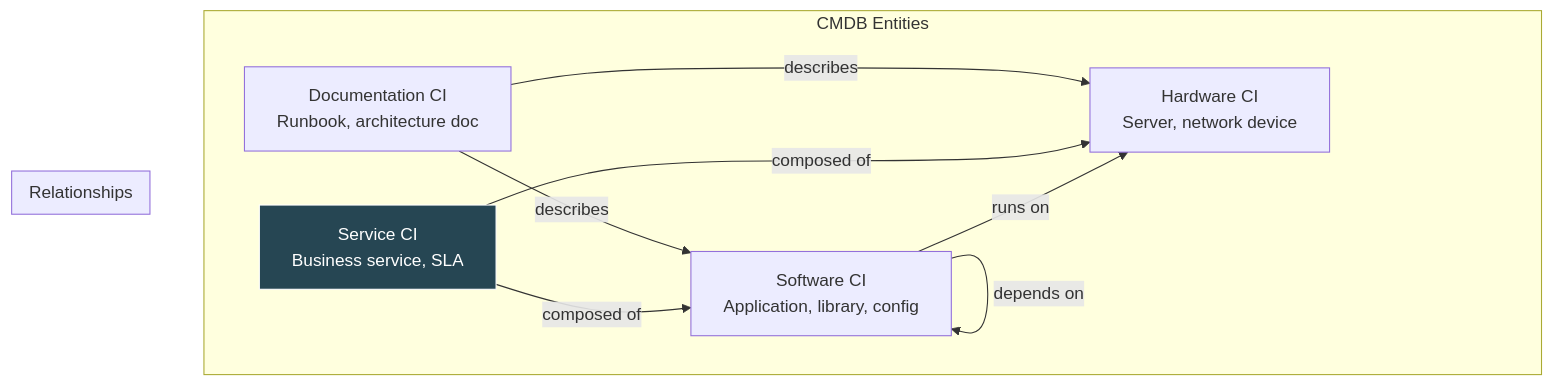
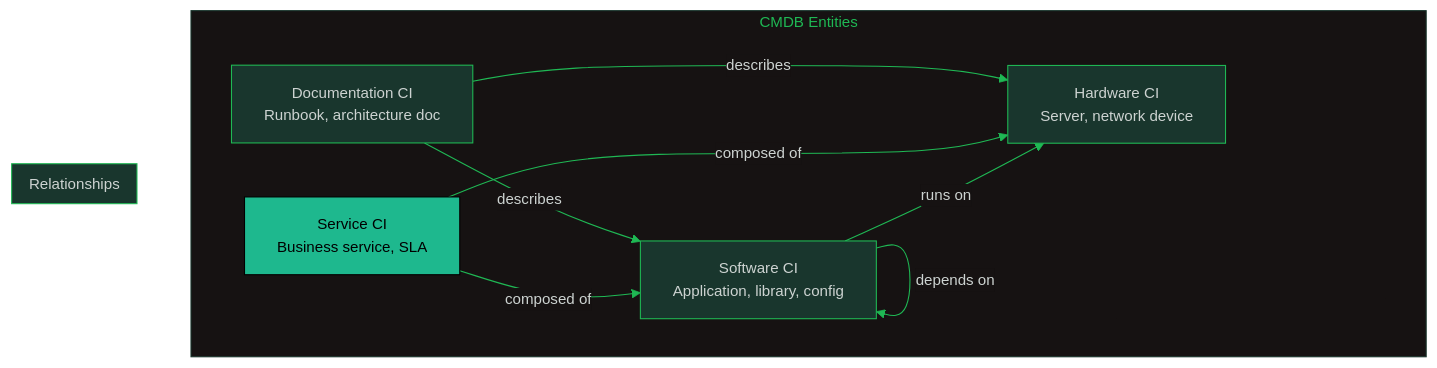
Before and after one commit to oat431/swe-knowledge: the fifth of 6 diagrams in software-engineering-note/08_Software_Configuration_Management/09_Change_Control_and_Compliance.md, drawn with Mermaid. The commit also changed other lines of this file and 13 other files, not shown here.

````diff
--- a/software-engineering-note/08_Software_Configuration_Management/09_Change_Control_and_Compliance.md
+++ b/software-engineering-note/08_Software_Configuration_Management/09_Change_Control_and_Compliance.md
@@ -355,20 +359,21 @@
 ```mermaid
+%%{init: {'theme':'base','themeVariables':{'primaryColor':'#19362D','primaryTextColor':'#CDD3D1','primaryBorderColor':'#1FB854','lineColor':'#1FB854','secondaryColor':'#161212','tertiaryColor':'#1B1717','background':'#1B1717','mainBkg':'#19362D','nodeBorder':'#1FB854','clusterBkg':'#161212','clusterBorder':'#19362D','titleColor':'#1FB854','edgeLabelBackground':'#161212','fontSize':'14px'}}}%%
 graph TB
     subgraph "CMDB Entities"
         SW["Software CI<br/>Application, library, config"]
         HW["Hardware CI<br/>Server, network device"]
         SVC["Service CI<br/>Business service, SLA"]
         DOC["Documentation CI<br/>Runbook, architecture doc"]
     end
 
     subgraph "Relationships"
         SW -->|runs on| HW
         SW -->|depends on| SW
         SVC -->|composed of| SW
         SVC -->|composed of| HW
         DOC -->|describes| SW
         DOC -->|describes| HW
     end
 
-    style SVC fill:#264653,stroke:#fff,color:#fff
+    style SVC fill:#1EB88E,stroke:#000000,color:#000000
 ```
````
